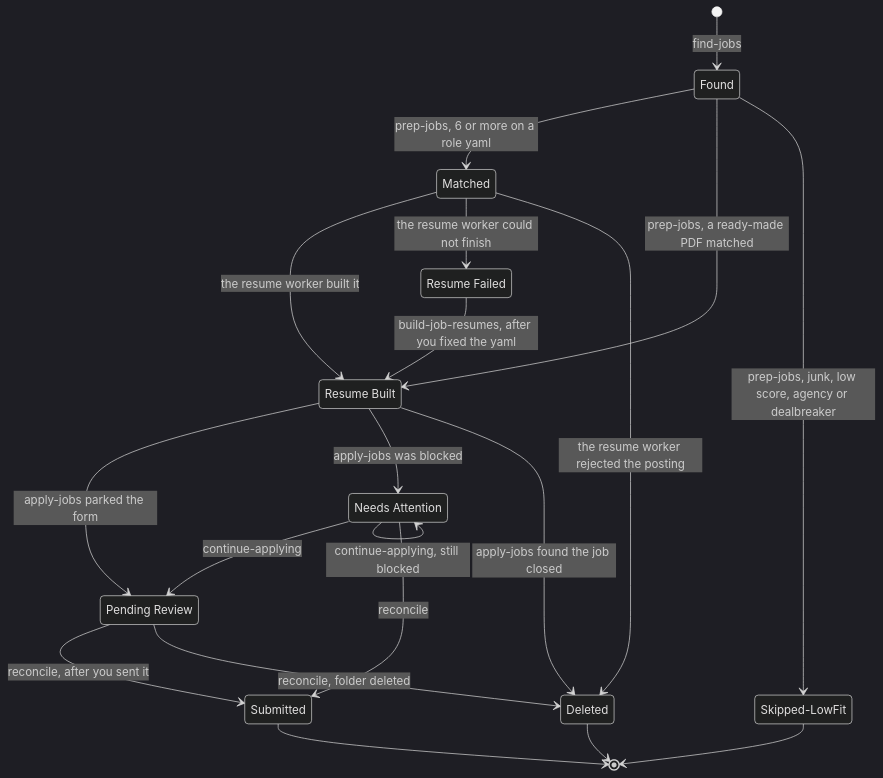
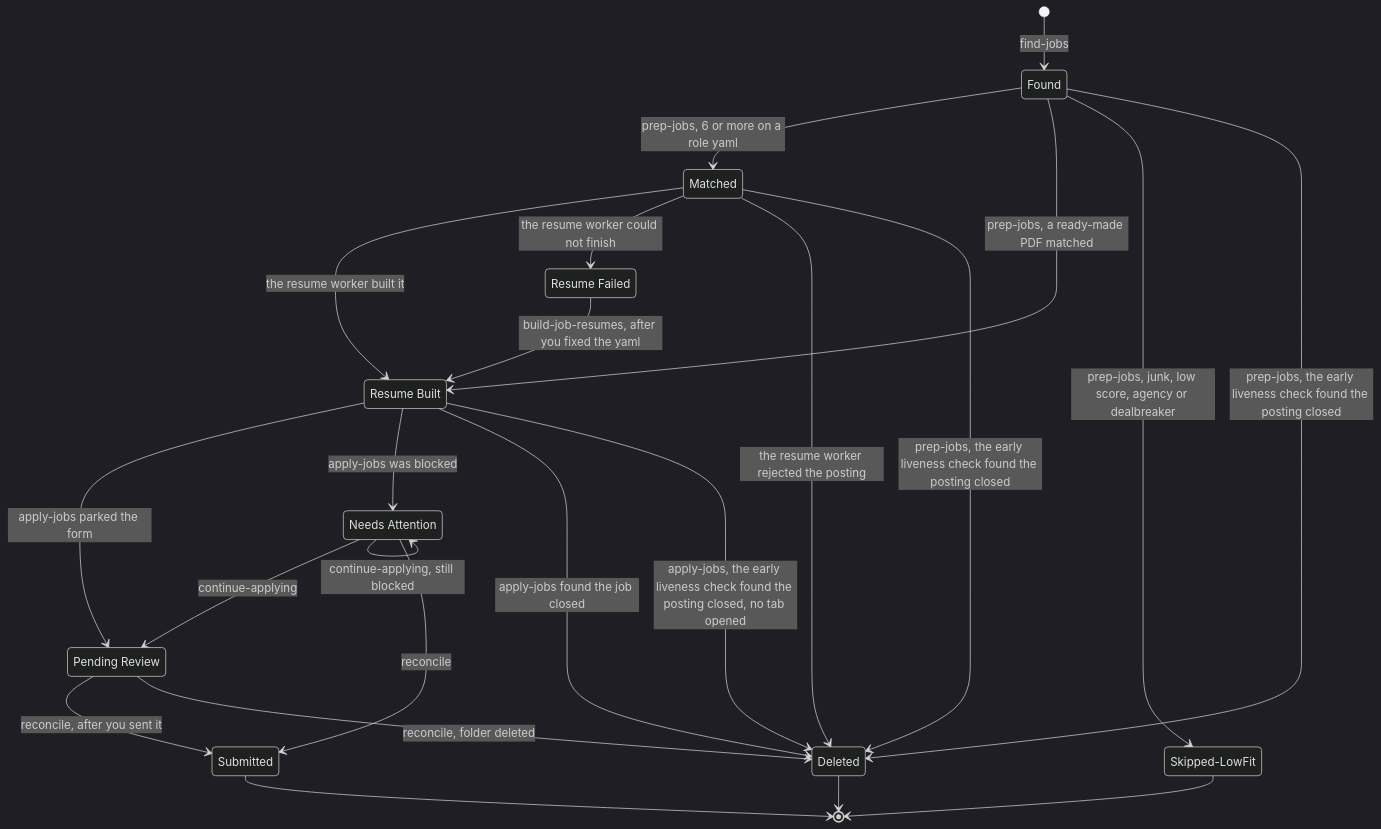
The sixth of 7 diagrams in docs/ARCHITECTURE.md (Maaz77/ohmyjob), drawn with Mermaid (dark theme) before and after one commit. The commit also changed other lines of this file and 15 other files, not shown here.

First line of the commit message:
feat: early liveness check before prep and apply

````diff
--- a/docs/ARCHITECTURE.md
+++ b/docs/ARCHITECTURE.md
@@ -299,32 +300,35 @@
 ```mermaid
 stateDiagram-v2
     state "Found" as Found
     state "Matched" as Matched
     state "Skipped-LowFit" as Skipped
     state "Resume Built" as Built
     state "Resume Failed" as Failed
     state "Pending Review" as Pending
     state "Needs Attention" as Needs
     state "Submitted" as Submitted
     state "Deleted" as Deleted
 
     [*] --> Found: find-jobs
     Found --> Matched: prep-jobs, 6 or more on a role yaml
     Found --> Built: prep-jobs, a ready-made PDF matched
     Found --> Skipped: prep-jobs, junk, low score, agency or dealbreaker
     Matched --> Built: the resume worker built it
     Matched --> Failed: the resume worker could not finish
     Matched --> Deleted: the resume worker rejected the posting
+    Found --> Deleted: prep-jobs, the early liveness check found the posting closed
+    Matched --> Deleted: prep-jobs, the early liveness check found the posting closed
     Failed --> Built: build-job-resumes, after you fixed the yaml
     Built --> Pending: apply-jobs parked the form
     Built --> Needs: apply-jobs was blocked
     Built --> Deleted: apply-jobs found the job closed
+    Built --> Deleted: apply-jobs, the early liveness check found the posting closed, no tab opened
     Needs --> Pending: continue-applying
     Needs --> Needs: continue-applying, still blocked
     Pending --> Submitted: reconcile, after you sent it
     Needs --> Submitted: reconcile
     Pending --> Deleted: reconcile, folder deleted
     Skipped --> [*]
     Submitted --> [*]
     Deleted --> [*]
 ```
````
